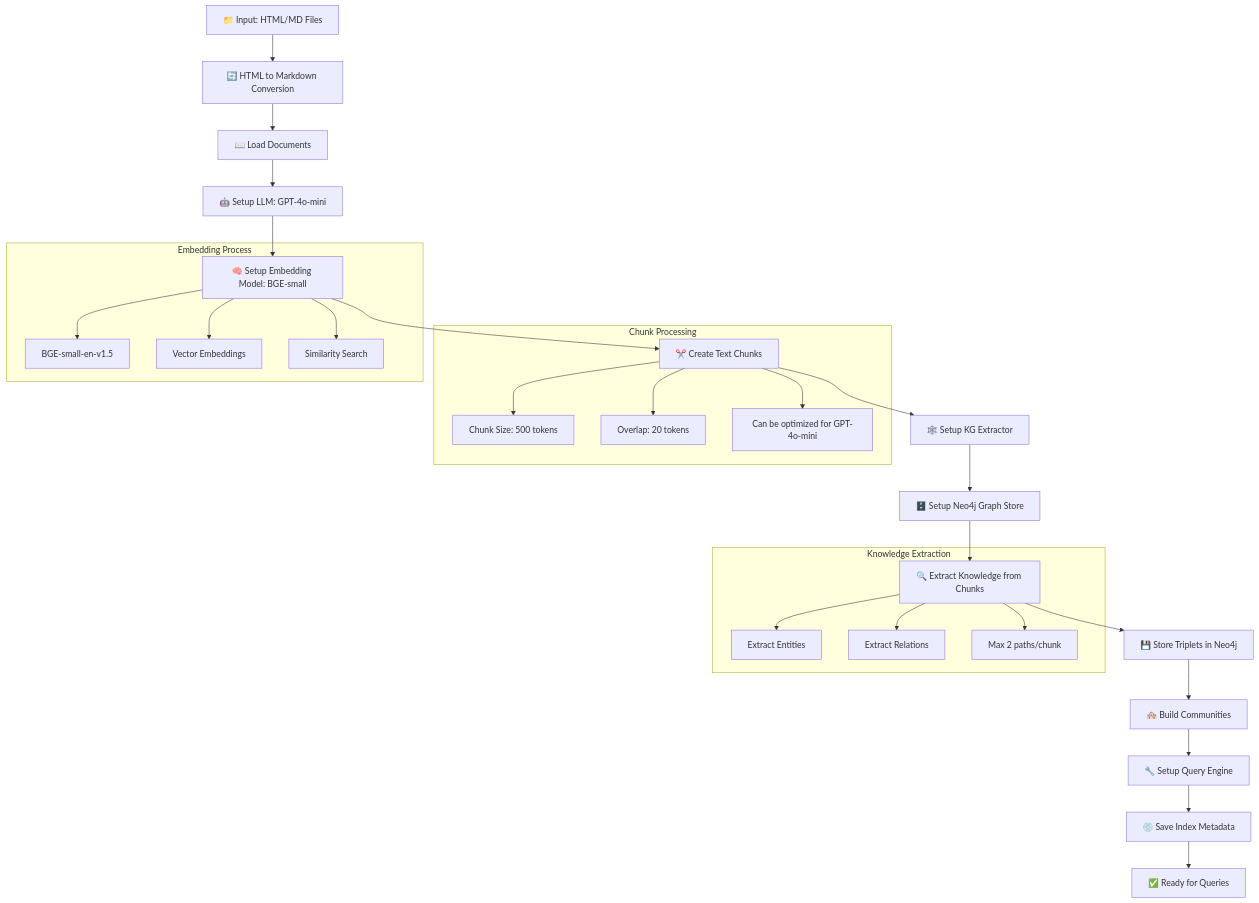
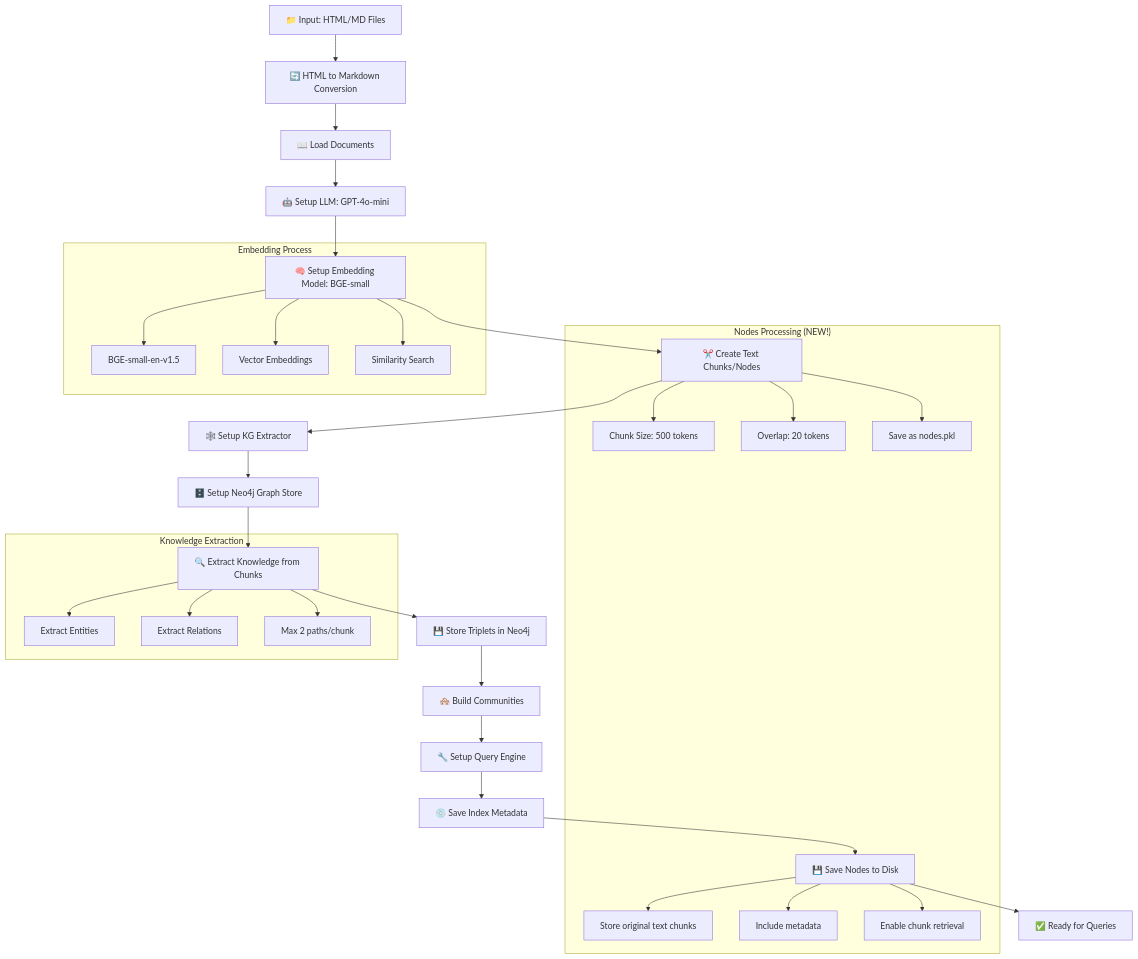
Before and after one commit to tranduythanh/Build-GenAI-Course-DataScienceWorld.Kan: the first of 3 diagrams in unit12/README.md, drawn with Mermaid. The commit also changed other lines of this file and 1 other file, not shown here.

Commit message:
Update README and test script for nodes integration; enhance documentation on nodes features, update paths in test cases, and ensure proper loading of index data and nodes.

````diff
--- a/unit12/README.md
+++ b/unit12/README.md
@@ -65,34 +70,38 @@
 ```mermaid
 graph TD
     A[📁 Input: HTML/MD Files] --> B[🔄 HTML to Markdown Conversion]
     B --> C[📖 Load Documents]
     C --> D[🤖 Setup LLM: GPT-4o-mini]
     D --> E[🧠 Setup Embedding Model: BGE-small]
-    E --> F[✂️ Create Text Chunks]
+    E --> F[✂️ Create Text Chunks/Nodes]
     F --> G[🕸️ Setup KG Extractor]
     G --> H[🗄️ Setup Neo4j Graph Store]
     H --> I[🔍 Extract Knowledge from Chunks]
     I --> J[💾 Store Triplets in Neo4j]
     J --> K[🏘️ Build Communities]
     K --> L[🔧 Setup Query Engine]
     L --> M[💿 Save Index Metadata]
-    M --> N[✅ Ready for Queries]
+    M --> N[💾 Save Nodes to Disk]
+    N --> O[✅ Ready for Queries]
 
-    subgraph "Chunk Processing"
+    subgraph "Nodes Processing (NEW!)"
         F --> F1[Chunk Size: 500 tokens]
         F --> F2[Overlap: 20 tokens]
-        F --> F3[Can be optimized for GPT-4o-mini]
+        F --> F3[Save as nodes.pkl]
+        N --> N1[Store original text chunks]
+        N --> N2[Include metadata]
+        N --> N3[Enable chunk retrieval]
     end
 
     subgraph "Knowledge Extraction"
         I --> I1[Extract Entities]
         I --> I2[Extract Relations]
         I --> I3[Max 2 paths/chunk]
     end
 
     subgraph "Embedding Process"
         E --> E1[BGE-small-en-v1.5]
         E --> E2[Vector Embeddings]
         E --> E3[Similarity Search]
     end
 ```
````
